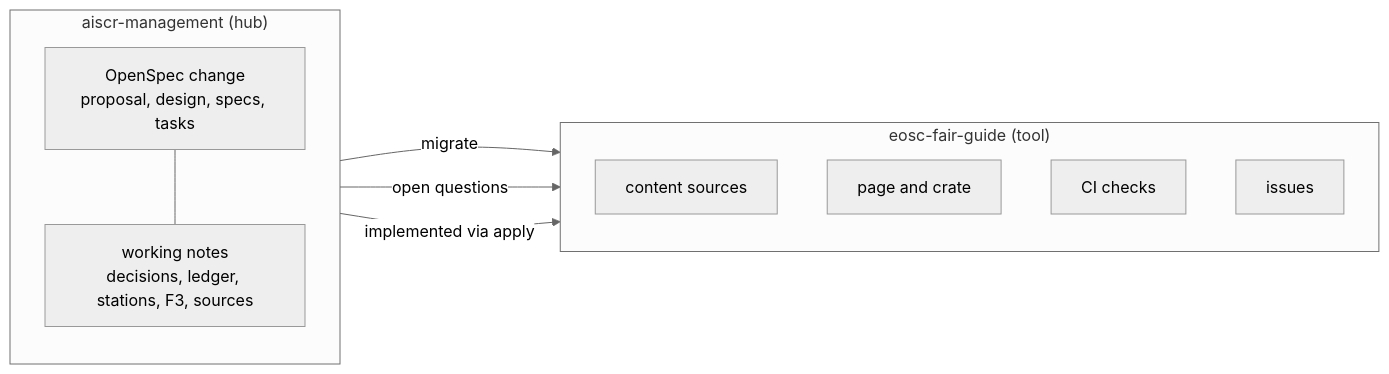
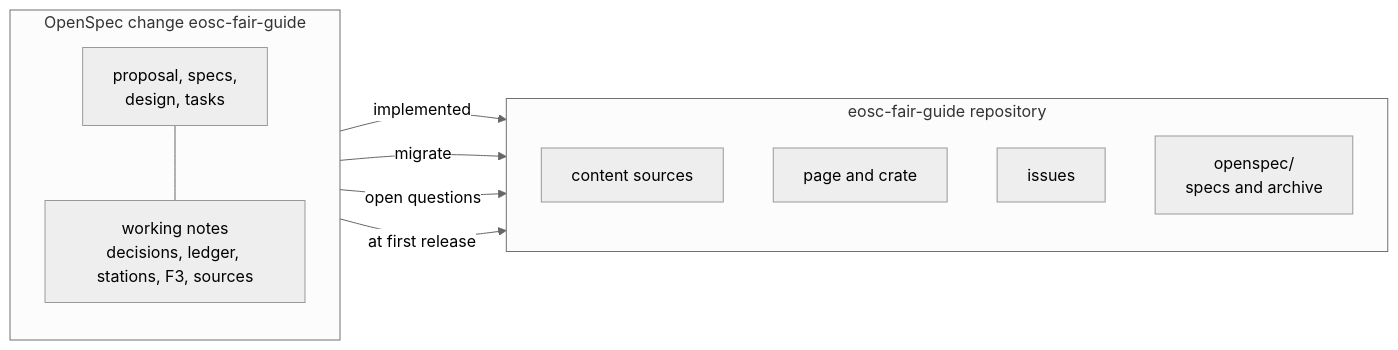
Before and after one commit to dsw-nrp/eosc-fair-guide: the second of 8 diagrams in docs/design.md, drawn with Mermaid (neutral theme). The commit also changed other lines of this file and 40 other files, not shown here.

First line of the commit message:
content: migrate stations, checks, resources and snapshots

````diff
--- a/docs/design.md
+++ b/docs/design.md
@@ -97,21 +98,22 @@
 ```mermaid
 flowchart LR
-  accTitle: Where things live
-  accDescr: The hub holds the OpenSpec change and the working notes. Implementation lands in this repository, where the notes become content sources and the open questions become issues.
-  subgraph HUB["aiscr-management (hub)"]
+  accTitle: Planning record
+  accDescr: The OpenSpec change and its working notes feed this repository. The notes become content sources and issues, and at the first release the specs and the archived change move into the openspec folder here.
+  subgraph PLAN["OpenSpec change eosc-fair-guide"]
     direction TB
-    CH["OpenSpec change<br/>proposal, design, specs, tasks"]
+    CH["proposal, specs,<br/>design, tasks"]
     NOTES["working notes<br/>decisions, ledger, stations, F3, sources"]
     CH --- NOTES
   end
-  subgraph TOOL["eosc-fair-guide (tool)"]
+  subgraph TOOL["eosc-fair-guide repository"]
     direction TB
     SRC[content sources]
     PAGE[page and crate]
-    CIX[CI checks]
     ISS[issues]
+    OS["openspec/<br/>specs and archive"]
   end
-  CH -- implemented via apply --> TOOL
+  CH -- implemented --> PAGE
   NOTES -- migrate --> SRC
   NOTES -- open questions --> ISS
+  CH -- at first release --> OS
 ```
````
